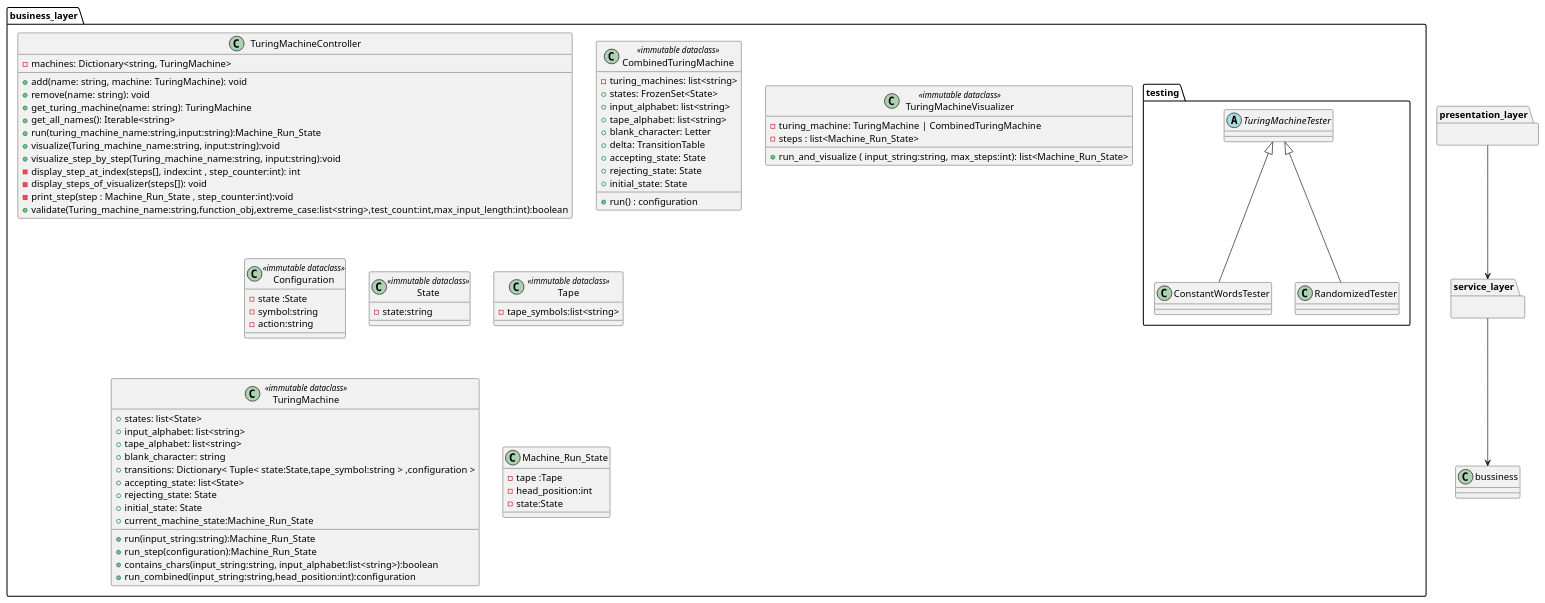
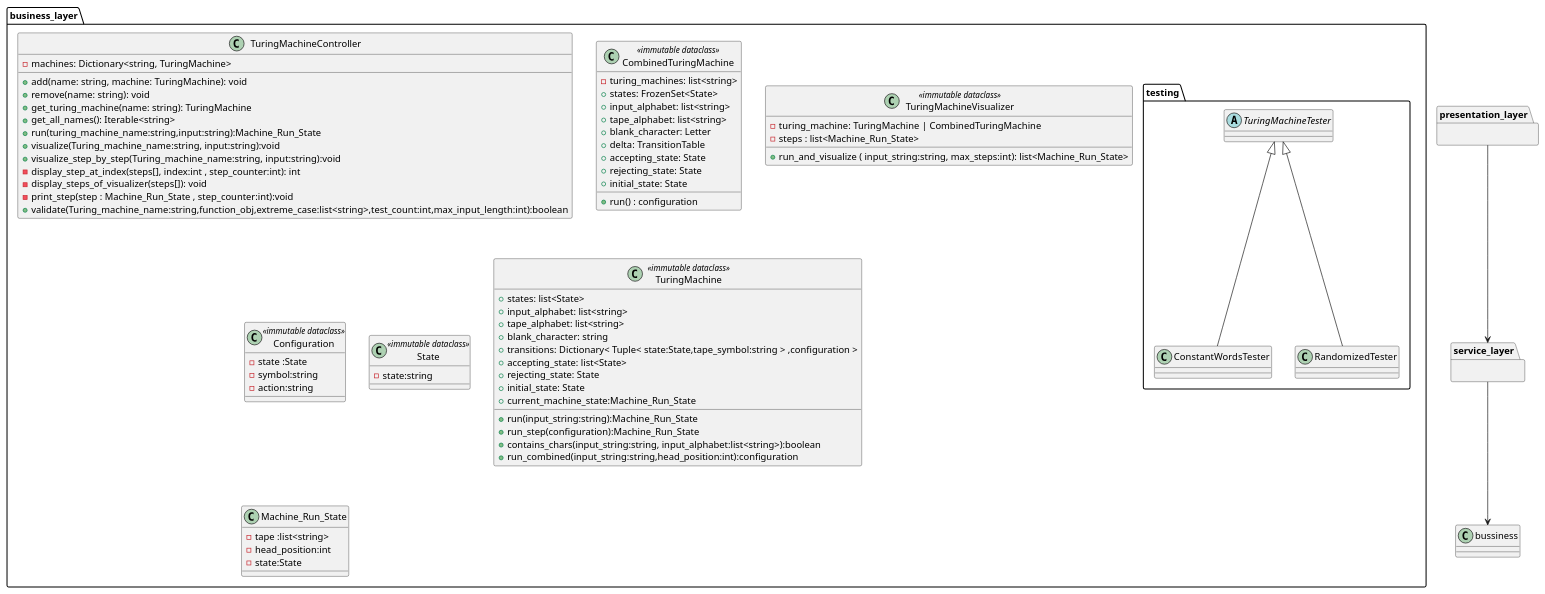
The diagram in docs/uml/bussiness_layer.puml (Turing-Machine-Tutor/Turing-Machine-Tutor), drawn with PlantUML before and after one commit. The commit also changed 10 other files, not shown here.

Commit message:
added function: run_turing_machine_with_while_condition, also updated UML

```diff
--- a/docs/uml/bussiness_layer.puml
+++ b/docs/uml/bussiness_layer.puml
@@ -1,115 +1,112 @@
 @startuml
 
 
 
 package business_layer {
     class TuringMachineController {
         - machines: Dictionary<string, TuringMachine>
 
         + add(name: string, machine: TuringMachine): void
         + remove(name: string): void
         + get_turing_machine(name: string): TuringMachine
         + get_all_names(): Iterable<string>
         + run(turing_machine_name:string,input:string):Machine_Run_State
         +visualize(Turing_machine_name:string, input:string):void
         +visualize_step_by_step(Turing_machine_name:string, input:string):void
         -display_step_at_index(steps[], index:int , step_counter:int): int
         -display_steps_of_visualizer(steps[]): void
         -print_step(step : Machine_Run_State , step_counter:int):void
         +validate(Turing_machine_name:string,function_obj,extreme_case:list<string>,test_count:int,max_input_length:int):boolean
 
     }
 
 
  class CombinedTuringMachine <<immutable dataclass>> {
         -turing_machines: list<string>
         +run() : configuration
         + states: FrozenSet<State>
         + input_alphabet: list<string>
         + tape_alphabet: list<string>
         + blank_character: Letter
         + delta: TransitionTable
         + accepting_state: State
         + rejecting_state: State
         + initial_state: State
 
     }
 
 
      class TuringMachineVisualizer <<immutable dataclass>> {
         -turing_machine: TuringMachine | CombinedTuringMachine
         -steps : list<Machine_Run_State>
         +run_and_visualize ( input_string:string, max_steps:int): list<Machine_Run_State>
     }
 
     class Configuration <<immutable dataclass>> {
          -state :State
         -symbol:string
         -action:string
     }
 
        class State <<immutable dataclass>> {
         -state:string
     }
 
-      class Tape <<immutable dataclass>> {
-        -tape_symbols:list<string>
-    }
 
     class TuringMachine <<immutable dataclass>> {
         + states: list<State>
         + input_alphabet: list<string>
         + tape_alphabet: list<string>
         + blank_character: string
         + transitions: Dictionary< Tuple< state:State,tape_symbol:string > ,configuration >
         + accepting_state: list<State>
         + rejecting_state: State
         + initial_state: State
         +current_machine_state:Machine_Run_State
         +run(input_string:string):Machine_Run_State
         +run_step(configuration):Machine_Run_State
         +contains_chars(input_string:string, input_alphabet:list<string>):boolean
         +run_combined(input_string:string,head_position:int):configuration
 
     }
 
     class Machine_Run_State {
-       -tape :Tape
+       -tape :list<string>
        -head_position:int
        -state:State
     }
 
 
 
 package testing {
     abstract class TuringMachineTester {
 
     }
 
     class ConstantWordsTester {
 
     }
 
     class RandomizedTester {
 
     }
 
     ConstantWordsTester -u-|> TuringMachineTester
     RandomizedTester -u-|> TuringMachineTester
 
     }
 }
 
 
 package service_layer {
 
 }
 
 package presentation_layer {
 
 }
 
 service_layer -d-> bussiness
 presentation_layer -d-> service_layer
 
 @enduml
```
